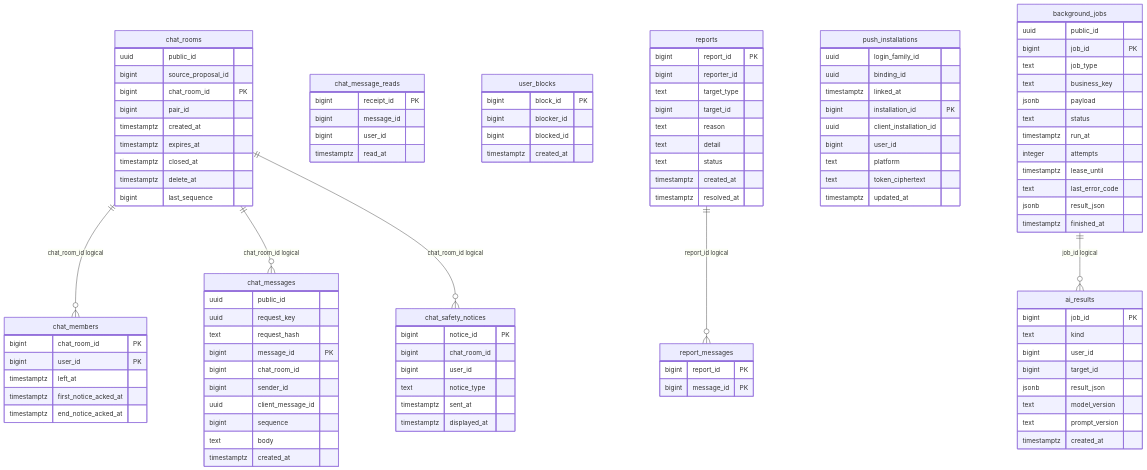
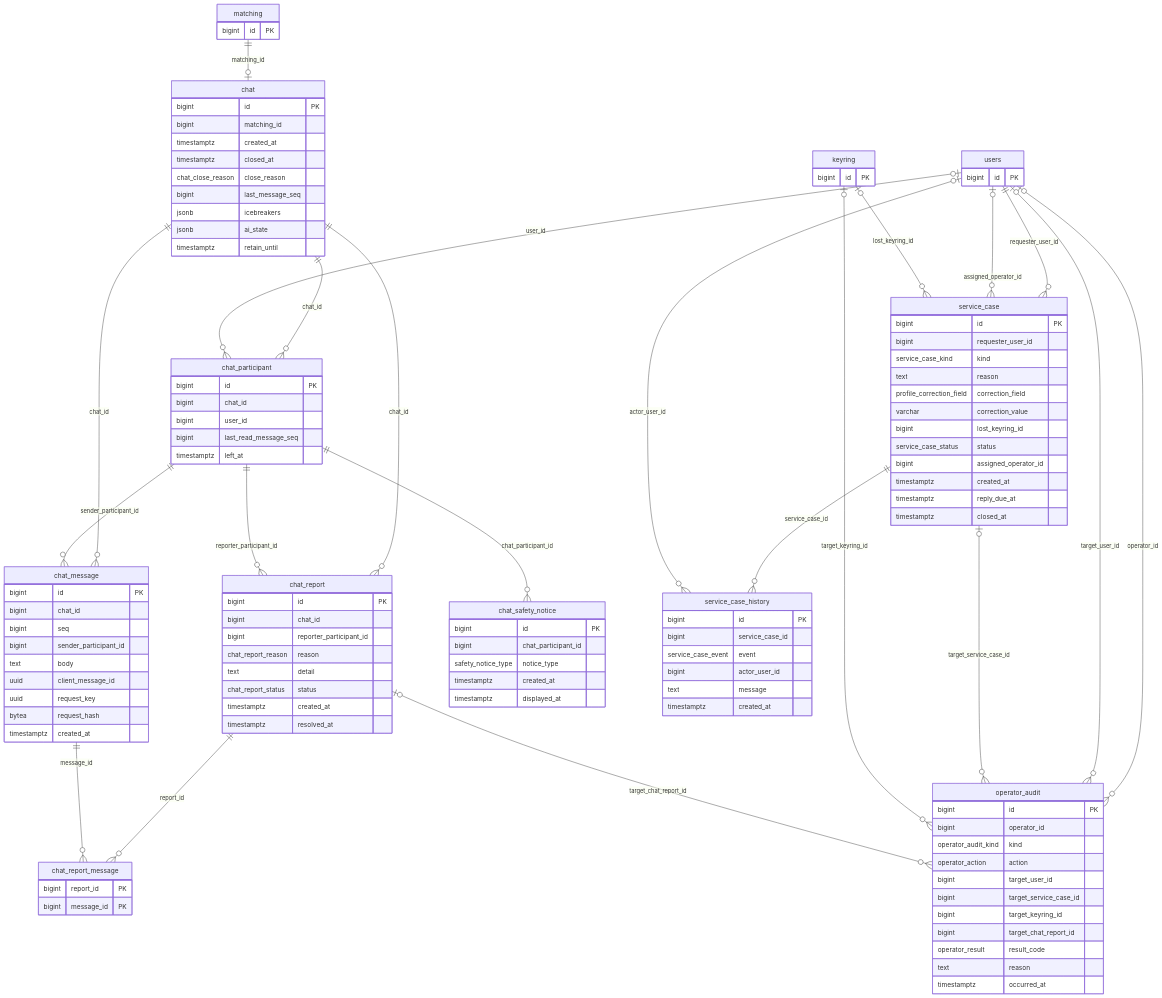
One commit to j-moo/Tingle changed the fourth of 4 diagrams in docs/database/erd.md. Above: the diagram before and after it, drawn with Mermaid. The commit also changed other lines of this file and 33 other files, not shown here.

Commit message:
docs: 최신 21개 테이블 기준 담당 API와 ERD 문서 정합화

````diff
--- a/docs/database/erd.md
+++ b/docs/database/erd.md
@@ -245,108 +672,118 @@
 ```mermaid
+%% ERD21 design view; relationships are logical, not production FK proof.
 erDiagram
-    chat_rooms {
-        uuid public_id
-        bigint source_proposal_id
-        bigint chat_room_id PK
-        bigint pair_id
+    chat {
+        bigint id PK
+        bigint matching_id
         timestamptz created_at
-        timestamptz expires_at
         timestamptz closed_at
-        timestamptz delete_at
-        bigint last_sequence
+        chat_close_reason close_reason
+        bigint last_message_seq
+        jsonb icebreakers
+        jsonb ai_state
+        timestamptz retain_until
     }
-    chat_members {
-        bigint chat_room_id PK
-        bigint user_id PK
+    chat_participant {
+        bigint id PK
+        bigint chat_id
+        bigint user_id
+        bigint last_read_message_seq
         timestamptz left_at
-        timestamptz first_notice_acked_at
-        timestamptz end_notice_acked_at
     }
-    chat_messages {
-        uuid public_id
+    chat_message {
+        bigint id PK
+        bigint chat_id
+        bigint seq
+        bigint sender_participant_id
+        text body
+        uuid client_message_id
         uuid request_key
-        text request_hash
-        bigint message_id PK
-        bigint chat_room_id
-        bigint sender_id
-        uuid client_message_id
-        bigint sequence
-        text body
+        bytea request_hash
         timestamptz created_at
     }
-    chat_message_reads {
-        bigint receipt_id PK
-        bigint message_id
-        bigint user_id
-        timestamptz read_at
-    }
-    chat_safety_notices {
-        bigint notice_id PK
-        bigint chat_room_id
-        bigint user_id
-        text notice_type
-        timestamptz sent_at
-        timestamptz displayed_at
-    }
-    user_blocks {
-        bigint block_id PK
-        bigint blocker_id
-        bigint blocked_id
-        timestamptz created_at
-    }
-    reports {
-        bigint report_id PK
-        bigint reporter_id
-        text target_type
-        bigint target_id
-        text reason
+    chat_report {
+        bigint id PK
+        bigint chat_id
+        bigint reporter_participant_id
+        chat_report_reason reason
         text detail
-        text status
+        chat_report_status status
         timestamptz created_at
         timestamptz resolved_at
     }
-    report_messages {
+    chat_report_message {
         bigint report_id PK
         bigint message_id PK
     }
-    ai_results {
-        bigint job_id PK
-        text kind
-        bigint user_id
-        bigint target_id
-        jsonb result_json
-        text model_version
-        text prompt_version
+    chat_safety_notice {
+        bigint id PK
+        bigint chat_participant_id
+        safety_notice_type notice_type
+        timestamptz created_at
+        timestamptz displayed_at
+    }
+    operator_audit {
+        bigint id PK
+        bigint operator_id
+        operator_audit_kind kind
+        operator_action action
+        bigint target_user_id
+        bigint target_service_case_id
+        bigint target_keyring_id
+        bigint target_chat_report_id
+        operator_result result_code
+        text reason
+        timestamptz occurred_at
+    }
+    service_case {
+        bigint id PK
+        bigint requester_user_id
+        service_case_kind kind
+        text reason
+        profile_correction_field correction_field
+        varchar correction_value
+        bigint lost_keyring_id
+        service_case_status status
+        bigint assigned_operator_id
+        timestamptz created_at
+        timestamptz reply_due_at
+        timestamptz closed_at
+    }
+    service_case_history {
+        bigint id PK
+        bigint service_case_id
+        service_case_event event
+        bigint actor_user_id
+        text message
         timestamptz created_at
     }
-    push_installations {
-        uuid login_family_id
-        uuid binding_id
-        timestamptz linked_at
-        bigint installation_id PK
-        uuid client_installation_id
-        bigint user_id
-        text platform
-        text token_ciphertext
-        timestamptz updated_at
+    keyring {
+        bigint id PK
     }
-    background_jobs {
-        uuid public_id
-        bigint job_id PK
-        text job_type
-        text business_key
-        jsonb payload
-        text status
-        timestamptz run_at
-        integer attempts
-        timestamptz lease_until
-        text last_error_code
-        jsonb result_json
-        timestamptz finished_at
+    matching {
+        bigint id PK
     }
-    chat_rooms ||--o{ chat_members : "chat_room_id logical"
-    chat_rooms ||--o{ chat_messages : "chat_room_id logical"
-    background_jobs ||--o{ ai_results : "job_id logical"
-    reports ||--o{ report_messages : "report_id logical"
-    chat_rooms ||--o{ chat_safety_notices : "chat_room_id logical"
+    users {
+        bigint id PK
+    }
+    users o|--o{ operator_audit : "operator_id"
+    chat ||--o{ chat_message : "chat_id"
+    chat_participant ||--o{ chat_message : "sender_participant_id"
+    matching ||--o| chat : "matching_id"
+    users ||--o{ service_case : "requester_user_id"
+    users o|--o{ service_case : "assigned_operator_id"
+    chat ||--o{ chat_participant : "chat_id"
+    users o|--o{ chat_participant : "user_id"
+    chat ||--o{ chat_report : "chat_id"
+    chat_participant ||--o{ chat_report : "reporter_participant_id"
+    chat_report ||--o{ chat_report_message : "report_id"
+    chat_message ||--o{ chat_report_message : "message_id"
+    chat_participant ||--o{ chat_safety_notice : "chat_participant_id"
+    keyring o|--o{ service_case : "lost_keyring_id"
+    service_case ||--o{ service_case_history : "service_case_id"
+    users o|--o{ service_case_history : "actor_user_id"
+    users o|--o{ operator_audit : "target_user_id"
+    service_case o|--o{ operator_audit : "target_service_case_id"
+    keyring o|--o{ operator_audit : "target_keyring_id"
+    chat_report o|--o{ operator_audit : "target_chat_report_id"
 ```
````
